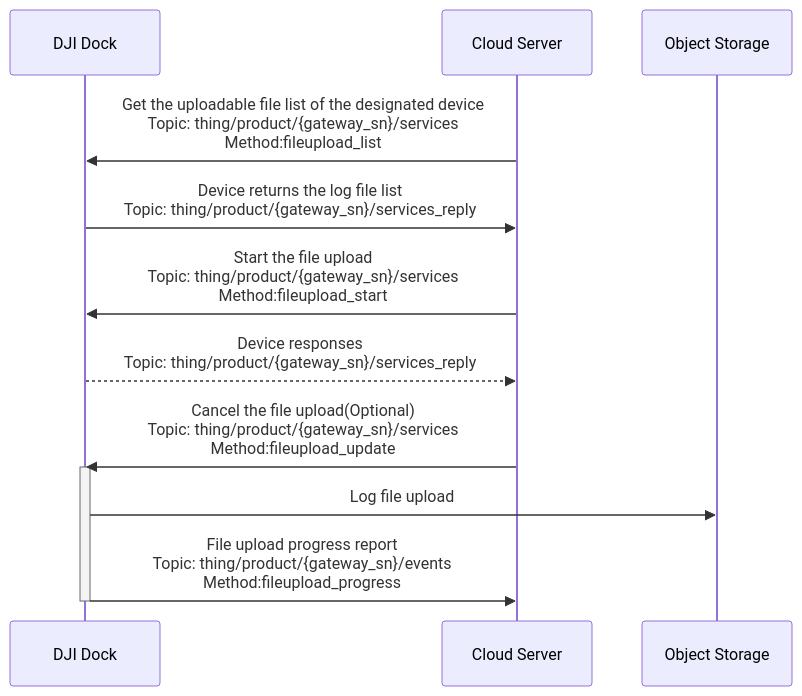
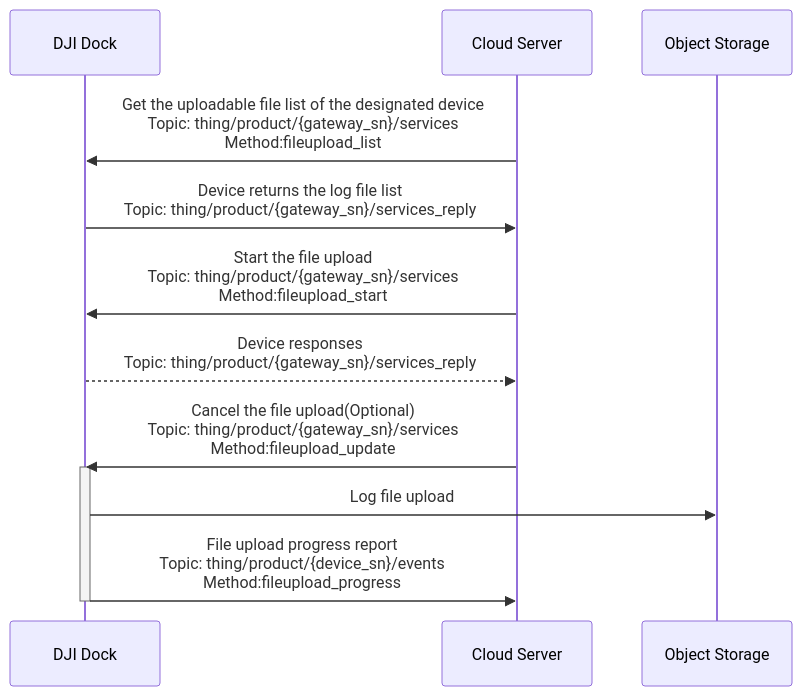
One commit to dji-sdk/Cloud-API-Doc changed the diagram in docs/en/30.feature-set/20.dock-feature-set/90.remote-log.md. Above: the diagram before and after it, drawn with Mermaid. The commit also changed 41 other files, not shown here.

````diff
--- a/docs/en/30.feature-set/20.dock-feature-set/90.remote-log.md
+++ b/docs/en/30.feature-set/20.dock-feature-set/90.remote-log.md
@@ -16,20 +16,20 @@
 ```mermaid
 sequenceDiagram
 
 participant client as DJI Dock
 participant app_server as Cloud Server
 participant storage as Object Storage
 
 app_server ->> client : Get the uploadable file list of the designated device<br/>Topic: thing/product/{gateway_sn}/services<br/>Method:fileupload_list
 client ->> app_server : Device returns the log file list<br/>Topic: thing/product/{gateway_sn}/services_reply
 
 app_server ->> client : Start the file upload<br/>Topic: thing/product/{gateway_sn}/services<br/>Method:fileupload_start
 client -->> app_server  : Device responses<br/>Topic: thing/product/{gateway_sn}/services_reply
 app_server ->> client : Cancel the file upload(Optional)<br/>Topic: thing/product/{gateway_sn}/services<br/>Method:fileupload_update
 
 activate client
 client ->> storage : Log file upload
-client ->> app_server : File upload progress report<br/>Topic: thing/product/{gateway_sn}/events<br/>Method:fileupload_progress
+client ->> app_server : File upload progress report<br/>Topic: thing/product/{device_sn}/events<br/>Method:fileupload_progress
 deactivate client
 
 ```
````
